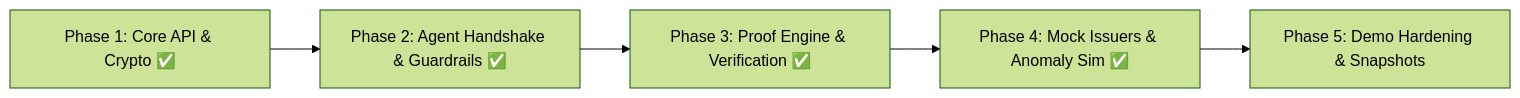
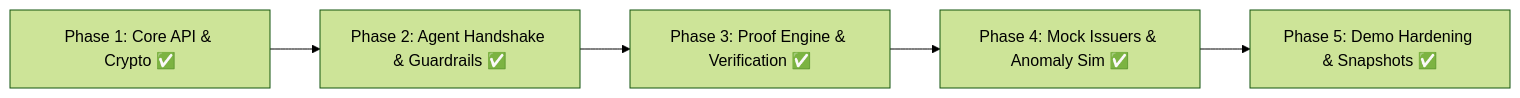
One commit to Jagadish-s-naik/openvyapar changed the diagram in backend/PLAN.md. Above: the diagram before and after it, drawn with Mermaid (forest theme). The commit also changed other lines of this file and 3 other files, not shown here.

````diff
--- a/backend/PLAN.md
+++ b/backend/PLAN.md
@@ -30,7 +30,7 @@
 ```mermaid
 graph LR
     Phase1[Phase 1: Core API & Crypto ✅] --> Phase2[Phase 2: Agent Handshake & Guardrails ✅]
     Phase2 --> Phase3[Phase 3: Proof Engine & Verification ✅]
     Phase3 --> Phase4[Phase 4: Mock Issuers & Anomaly Sim ✅]
-    Phase4 --> Phase5[Phase 5: Demo Hardening & Snapshots]
+    Phase4 --> Phase5[Phase 5: Demo Hardening & Snapshots ✅]
 ```
````
